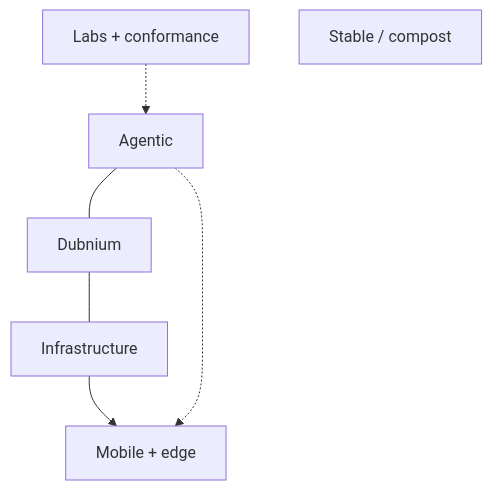
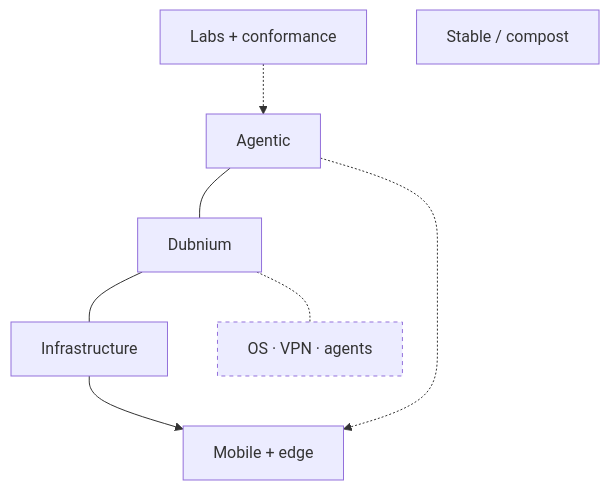
The second of 9 diagrams in profile/README.md (hackelia-micrantha/.github), drawn with Mermaid before and after one commit. The commit also changed other lines of this file, not shown here.

Commit message:
docs: add terse Mermaid note labels

````diff
--- a/profile/README.md
+++ b/profile/README.md
@@ -82,15 +82,18 @@
 ```mermaid
 flowchart TB
   C["Agentic"]
   D["Dubnium"]
   I["Infrastructure"]
   M["Mobile + edge"]
   L["Labs + conformance"]
   X["Stable / compost"]
 
   C --- D
   D --- I
   I --> M
   L -.-> C
   C -.-> M
+
+  D -.- DN["OS · VPN · agents"]:::note
+  classDef note stroke-dasharray: 4 4;
 ```
````
